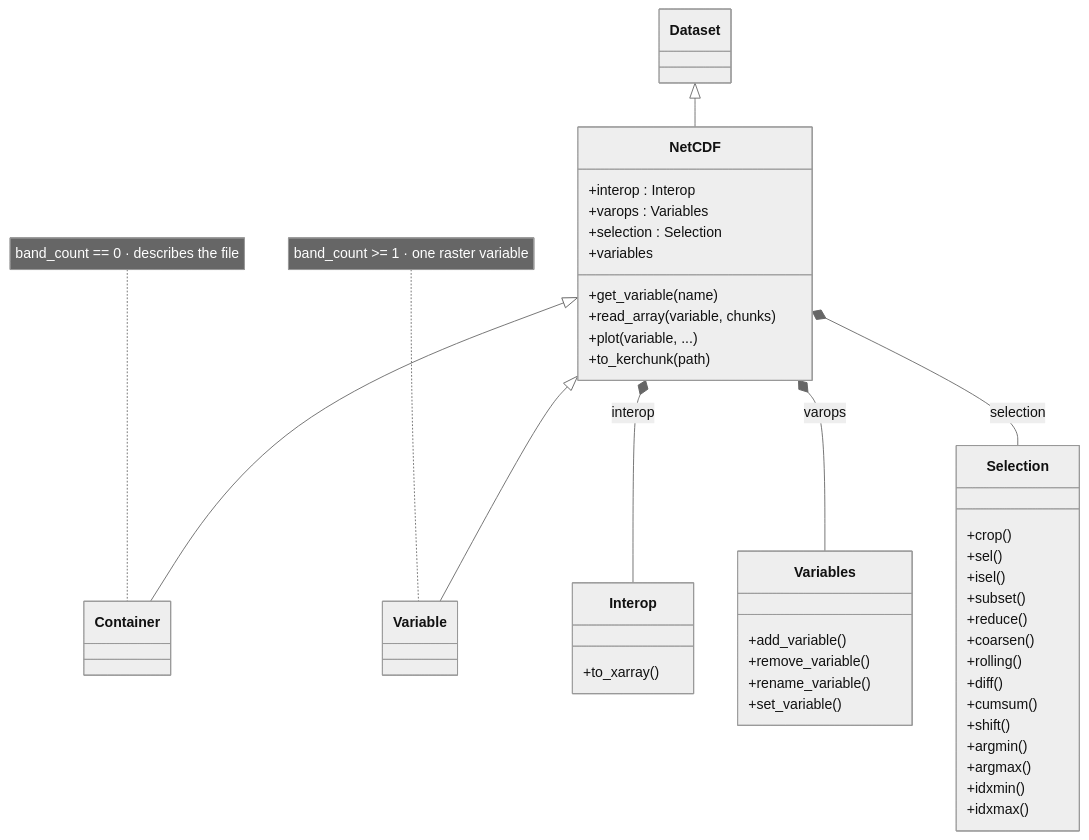
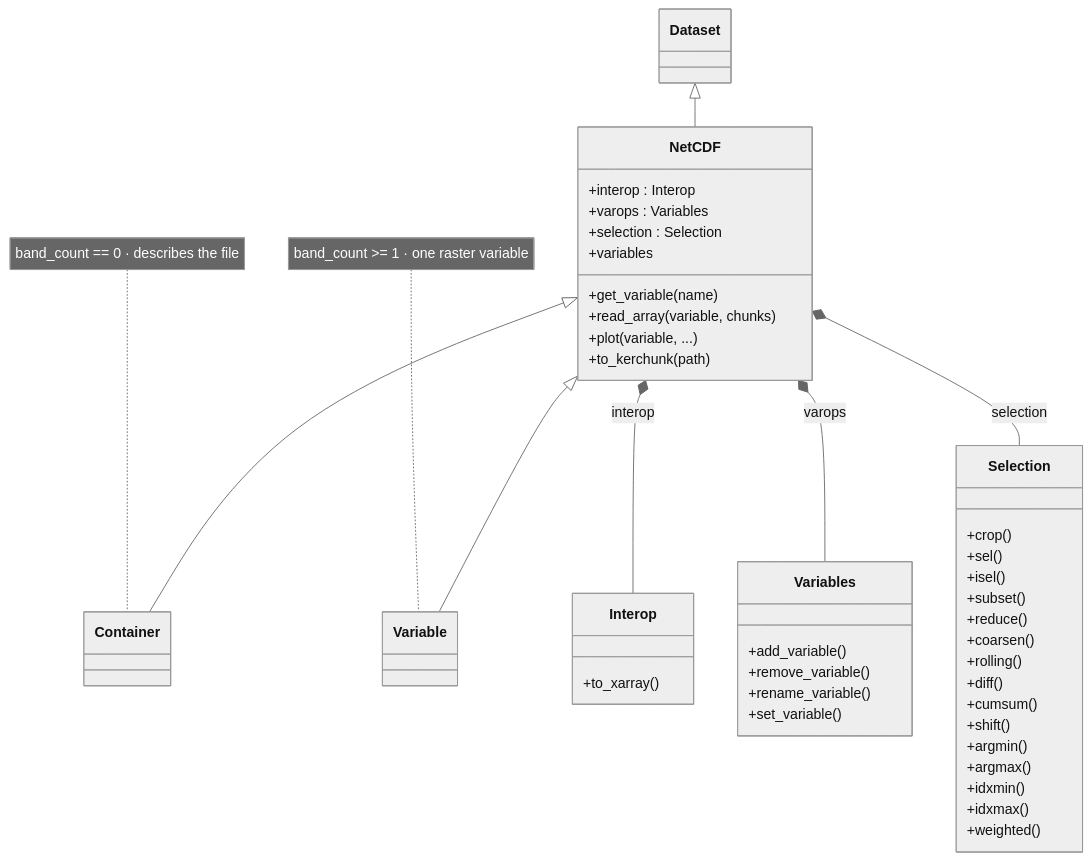
Before and after one commit to serapeum-org/pyramids: the second of 3 diagrams in docs/reference/netcdf/index.md, drawn with Mermaid (neutral theme). The commit also changed 7 other files, not shown here.

````diff
--- a/docs/reference/netcdf/index.md
+++ b/docs/reference/netcdf/index.md
@@ -40,49 +40,50 @@
 ```mermaid
 classDiagram
     class Dataset
     class NetCDF {
       +interop : Interop
       +varops : Variables
       +selection : Selection
       +variables
       +get_variable(name)
       +read_array(variable, chunks)
       +plot(variable, ...)
       +to_kerchunk(path)
     }
     class Container
     class Variable
     class Interop {
       +to_xarray()
     }
     class Variables {
       +add_variable()
       +remove_variable()
       +rename_variable()
       +set_variable()
     }
     class Selection {
       +crop()
       +sel()
       +isel()
       +subset()
       +reduce()
       +coarsen()
       +rolling()
       +diff()
       +cumsum()
       +shift()
       +argmin()
       +argmax()
       +idxmin()
       +idxmax()
+      +weighted()
     }
     Dataset <|-- NetCDF
     NetCDF <|-- Container
     NetCDF <|-- Variable
     NetCDF *-- Interop : interop
     NetCDF *-- Variables : varops
     NetCDF *-- Selection : selection
     note for Container "band_count == 0 · describes the file"
     note for Variable "band_count >= 1 · one raster variable"
 ```
````
